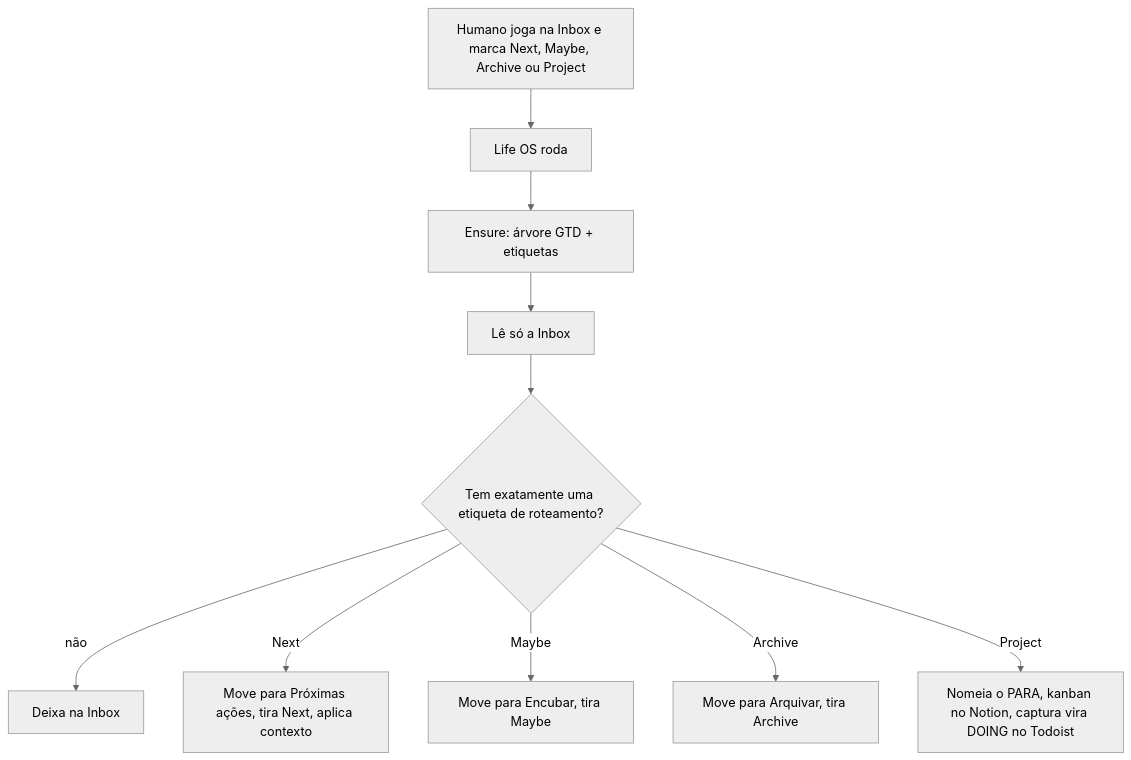
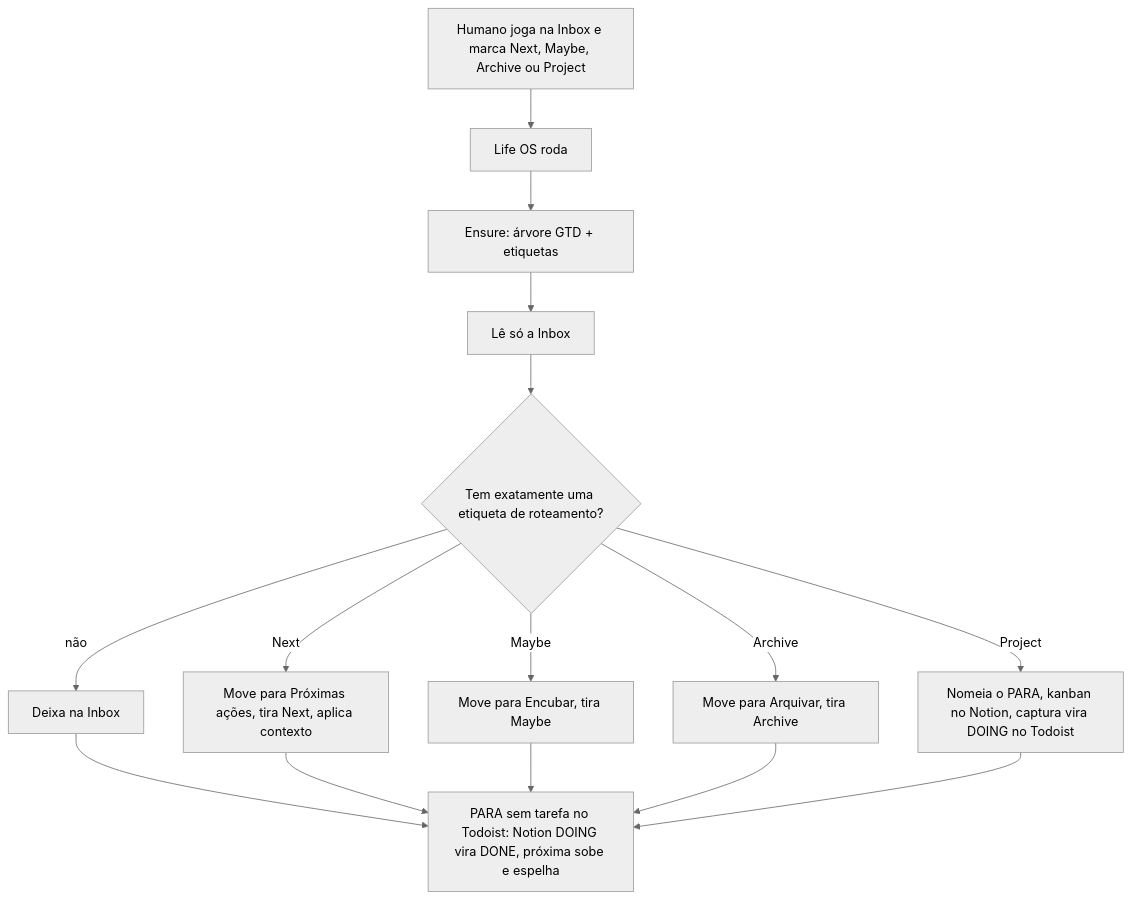
The diagram in docs/specs/01-todoist-fluxo.md (leandrobudaumoraes/MyLife), drawn with Mermaid (neutral theme) before and after one commit. The commit also changed other lines of this file and 12 other files, not shown here.

````diff
--- a/docs/specs/01-todoist-fluxo.md
+++ b/docs/specs/01-todoist-fluxo.md
@@ -149,12 +150,18 @@
 ```mermaid
 flowchart TB
   H["Humano joga na Inbox e marca Next, Maybe, Archive ou Project"] --> RUN["Life OS roda"]
   RUN --> ENSURE["Ensure: árvore GTD + etiquetas"]
   ENSURE --> INBOX["Lê só a Inbox"]
   INBOX --> FILTRO{"Tem exatamente uma etiqueta de roteamento?"}
   FILTRO -->|não| SKIP["Deixa na Inbox"]
   FILTRO -->|Next| NEXT["Move para Próximas ações, tira Next, aplica contexto"]
   FILTRO -->|Maybe| MAYBE["Move para Encubar, tira Maybe"]
   FILTRO -->|Archive| ARQ["Move para Arquivar, tira Archive"]
   FILTRO -->|Project| PROJ["Nomeia o PARA, kanban no Notion, captura vira DOING no Todoist"]
+  SKIP --> ADVANCE
+  NEXT --> ADVANCE
+  MAYBE --> ADVANCE
+  ARQ --> ADVANCE
+  PROJ --> ADVANCE
+  ADVANCE["PARA sem tarefa no Todoist: Notion DOING vira DONE, próxima sobe e espelha"]
 ```
````
